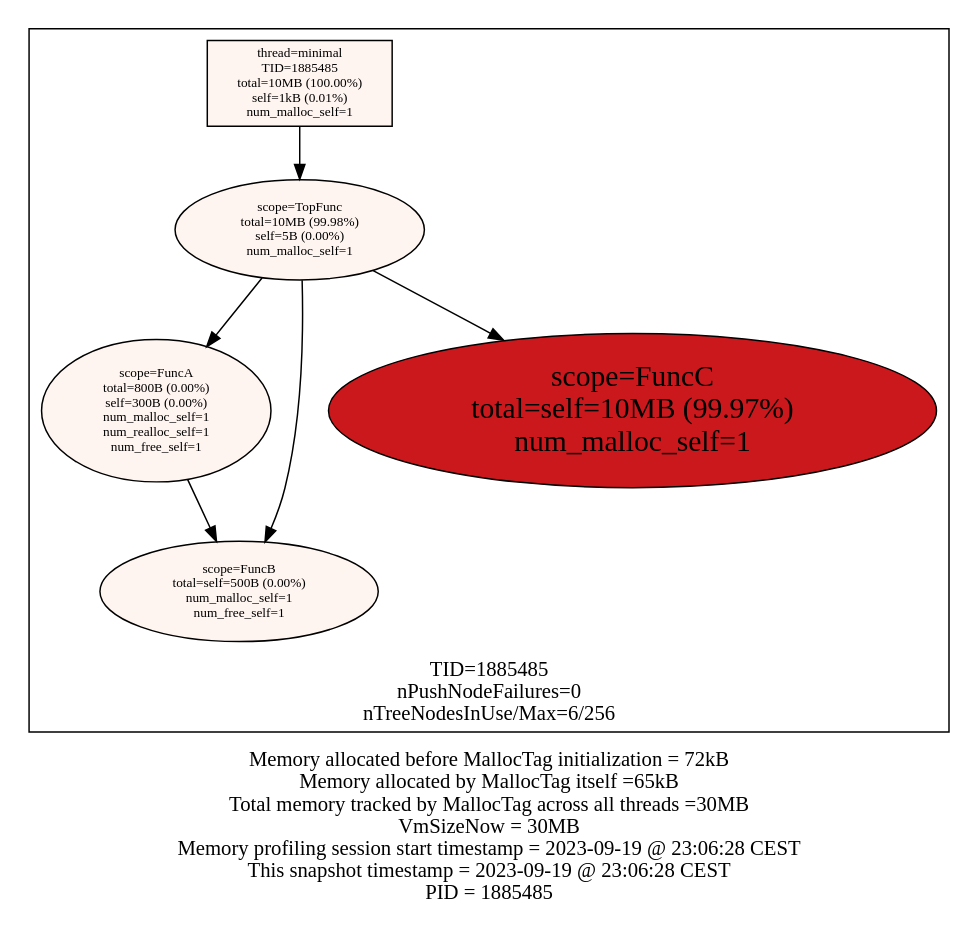
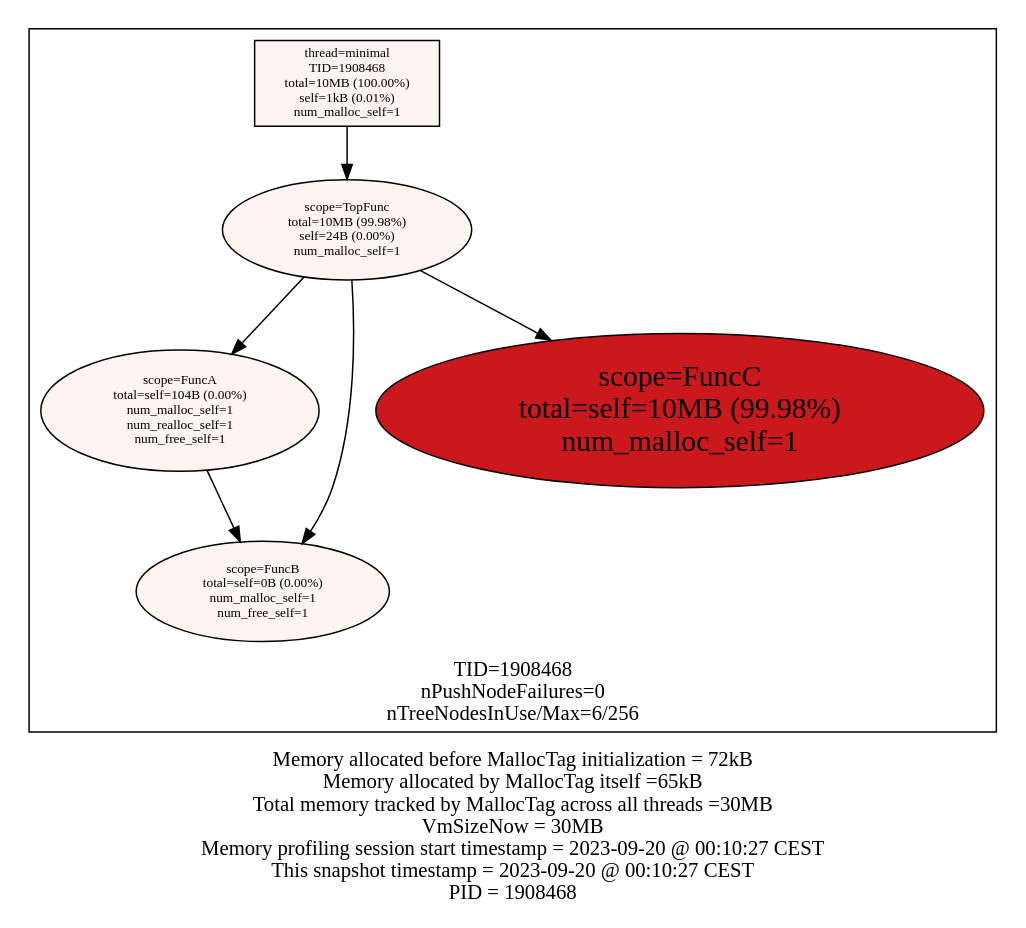
One commit to f18m/malloc-tag changed the diagram in examples/minimal/minimal_stats.dot. Above: the diagram before and after it, drawn with Graphviz. The commit also changed 13 other files, not shown here.

Commit message:
Improve memory tracking by tracking bytes released after free()

```diff
--- a/examples/minimal/minimal_stats.dot
+++ b/examples/minimal/minimal_stats.dot
@@ -1,22 +1,22 @@
 digraph MallocTree {
  node [colorscheme=reds9 style=filled]
- subgraph cluster_TID1885485 {
+ subgraph cluster_TID1908468 {
   node [colorscheme=reds9 style=filled]
   labelloc="b"
-  label="TID=1885485\nnPushNodeFailures=0\nnTreeNodesInUse/Max=6/256\n"
-  "1885485_minimal" [label="thread=minimal\nTID=1885485\ntotal=10MB (100.00%)\nself=1kB (0.01%)\nnum_malloc_self=1" shape=box fillcolor=1 fontsize=9]
-  "1885485_minimal" -> "1885485_TopFunc"
-  "1885485_TopFunc" [label="scope=TopFunc\ntotal=10MB (99.98%)\nself=5B (0.00%)\nnum_malloc_self=1" fillcolor=1 fontsize=9]
-  "1885485_TopFunc" -> "1885485_FuncA"
-  "1885485_TopFunc" -> "1885485_FuncB"
-  "1885485_TopFunc" -> "1885485_FuncC"
-  "1885485_FuncA" [label="scope=FuncA\ntotal=800B (0.00%)\nself=300B (0.00%)\nnum_malloc_self=1\nnum_realloc_self=1\nnum_free_self=1" fillcolor=1 fontsize=9]
-  "1885485_FuncA" -> "1885485_FuncB"
-  "1885485_FuncB" [label="scope=FuncB\ntotal=self=500B (0.00%)\nnum_malloc_self=1\nnum_free_self=1" fillcolor=1 fontsize=9]
-  "1885485_FuncB" [label="scope=FuncB\ntotal=self=500B (0.00%)\nnum_malloc_self=1\nnum_free_self=1" fillcolor=1 fontsize=9]
-  "1885485_FuncC" [label="scope=FuncC\ntotal=self=10MB (99.97%)\nnum_malloc_self=1" fillcolor=7 fontsize=20]
+  label="TID=1908468\nnPushNodeFailures=0\nnTreeNodesInUse/Max=6/256\n"
+  "1908468_minimal" [label="thread=minimal\nTID=1908468\ntotal=10MB (100.00%)\nself=1kB (0.01%)\nnum_malloc_self=1" shape=box fillcolor=1 fontsize=9]
+  "1908468_minimal" -> "1908468_TopFunc"
+  "1908468_TopFunc" [label="scope=TopFunc\ntotal=10MB (99.98%)\nself=24B (0.00%)\nnum_malloc_self=1" fillcolor=1 fontsize=9]
+  "1908468_TopFunc" -> "1908468_FuncA"
+  "1908468_TopFunc" -> "1908468_FuncB"
+  "1908468_TopFunc" -> "1908468_FuncC"
+  "1908468_FuncA" [label="scope=FuncA\ntotal=self=104B (0.00%)\nnum_malloc_self=1\nnum_realloc_self=1\nnum_free_self=1" fillcolor=1 fontsize=9]
+  "1908468_FuncA" -> "1908468_FuncB"
+  "1908468_FuncB" [label="scope=FuncB\ntotal=self=0B (0.00%)\nnum_malloc_self=1\nnum_free_self=1" fillcolor=1 fontsize=9]
+  "1908468_FuncB" [label="scope=FuncB\ntotal=self=0B (0.00%)\nnum_malloc_self=1\nnum_free_self=1" fillcolor=1 fontsize=9]
+  "1908468_FuncC" [label="scope=FuncC\ntotal=self=10MB (99.98%)\nnum_malloc_self=1" fillcolor=7 fontsize=20]
  }
 
  labelloc="b"
- label="Memory allocated before MallocTag initialization = 72kB\nMemory allocated by MallocTag itself =65kB\nTotal memory tracked by MallocTag across all threads =30MB\nVmSizeNow = 30MB\nMemory profiling session start timestamp = 2023-09-19 @ 23:06:28 CEST\nThis snapshot timestamp = 2023-09-19 @ 23:06:28 CEST\nPID = 1885485\n"
+ label="Memory allocated before MallocTag initialization = 72kB\nMemory allocated by MallocTag itself =65kB\nTotal memory tracked by MallocTag across all threads =30MB\nVmSizeNow = 30MB\nMemory profiling session start timestamp = 2023-09-20 @ 00:10:27 CEST\nThis snapshot timestamp = 2023-09-20 @ 00:10:27 CEST\nPID = 1908468\n"
 }
```
